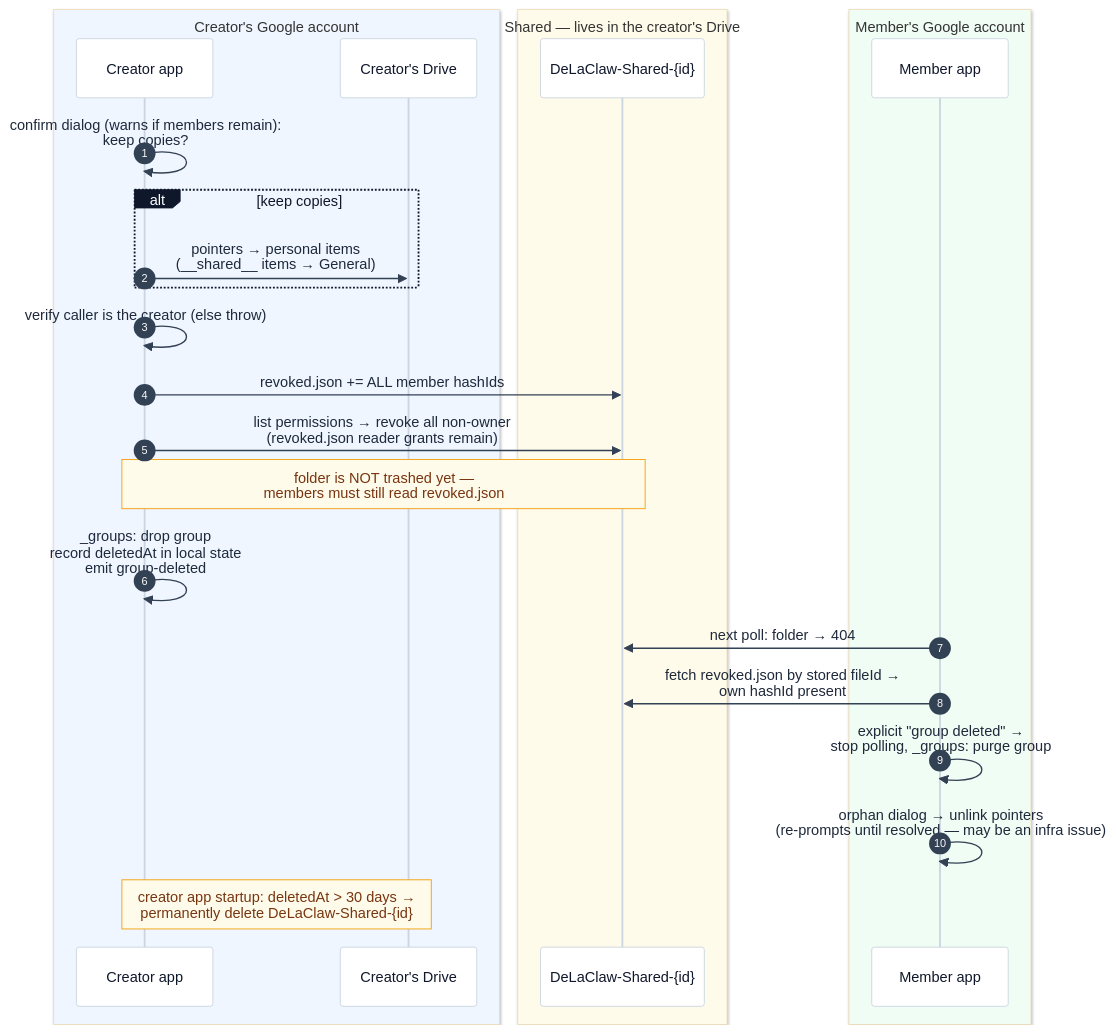
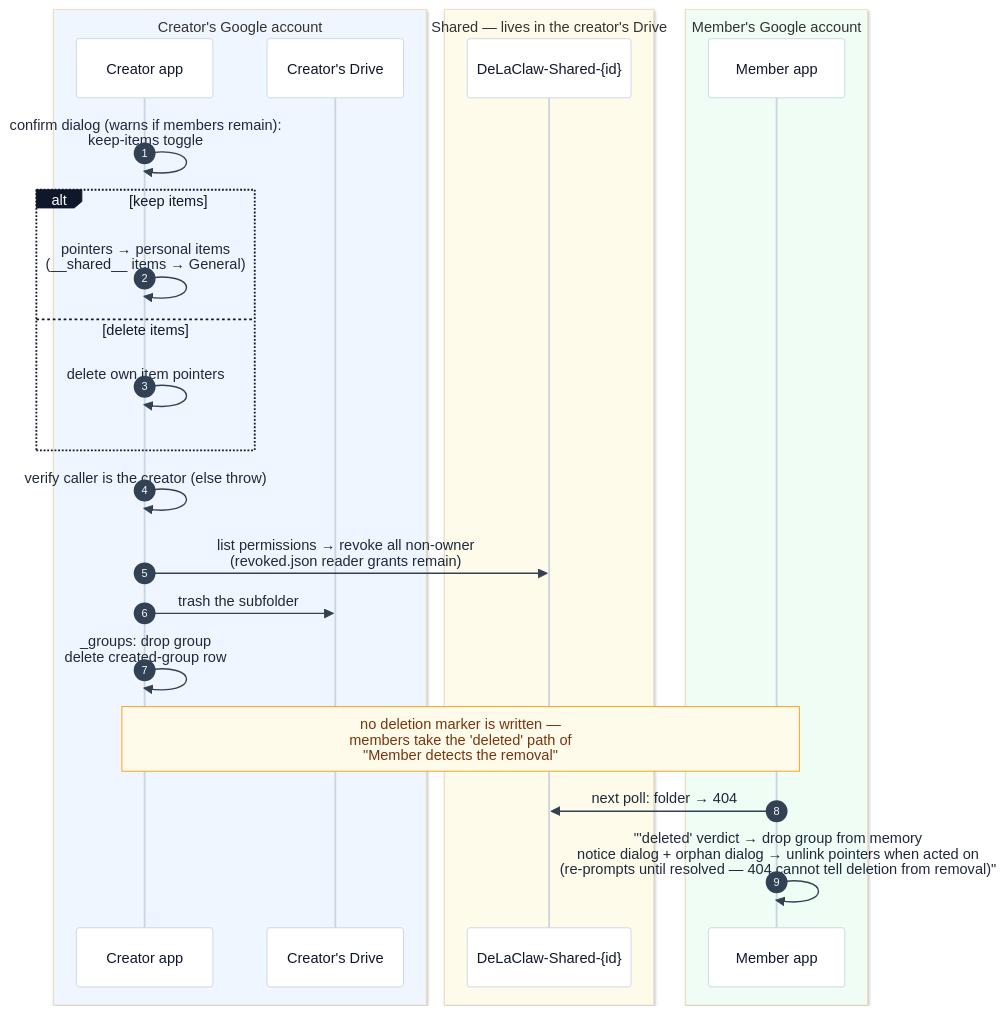
Before and after one commit to AntGro/DeLaClaw: diagram 12 of 14 in docs-site/sharing.md, drawn with Mermaid. The commit also changed other lines of this file and 7 other files, not shown here.

First line of the commit message:
docs(sharing): 'deleted' verdict is ambiguous, not definitive

````diff
--- a/docs-site/sharing.md
+++ b/docs-site/sharing.md
@@ -520,30 +520,29 @@
 ```mermaid
 %%{init: {'theme': 'base', 'themeVariables': {'background': '#fbfaf8', 'actorBkg': '#ffffff', 'actorBorder': '#cbd5e1', 'actorTextColor': '#0f172a', 'actorLineColor': '#cbd5e1', 'signalColor': '#334155', 'signalTextColor': '#1e293b', 'noteBkgColor': '#fffbeb', 'noteBorderColor': '#f59e0b', 'noteTextColor': '#78350f', 'labelBoxBkgColor': '#0f172a', 'labelBoxBorderColor': '#0f172a', 'labelTextColor': '#ffffff'}}}%%
 sequenceDiagram
     autonumber
     box rgb(239,246,255) Creator's Google account
     participant CA as Creator app
     participant CD as Creator's Drive
     end
     box rgb(255,251,235) Shared — lives in the creator's Drive
     participant SF as DeLaClaw-Shared-{id}
     end
     box rgb(240,253,244) Member's Google account
     participant MA as Member app
     end
 
-    CA->>CA: confirm dialog (warns if members remain):<br/>keep copies?
-    alt keep copies
-    CA->>CD: pointers → personal items<br/>(__shared__ items → General)
+    CA->>CA: confirm dialog (warns if members remain):<br/>keep-items toggle
+    alt keep items
+    CA->>CA: pointers → personal items<br/>(__shared__ items → General)
+    else delete items
+    CA->>CA: delete own item pointers
     end
     CA->>CA: verify caller is the creator (else throw)
-    CA->>SF: revoked.json += ALL member hashIds
     CA->>SF: list permissions → revoke all non-owner<br/>(revoked.json reader grants remain)
-    Note over CA,SF: folder is NOT trashed yet —<br/>members must still read revoked.json
-    CA->>CA: _groups: drop group<br/>record deletedAt in local state<br/>emit group-deleted
+    CA->>CD: trash the subfolder
+    CA->>CA: _groups: drop group<br/>delete created-group row
+    Note over CA,MA: no deletion marker is written —<br/>members take the 'deleted' path of<br/>"Member detects the removal"
     MA->>SF: next poll: folder → 404
-    MA->>SF: fetch revoked.json by stored fileId →<br/>own hashId present
-    MA->>MA: explicit "group deleted" →<br/>stop polling, _groups: purge group
-    MA->>MA: orphan dialog → unlink pointers<br/>(re-prompts until resolved — may be an infra issue)
-    Note over CA,CD: creator app startup: deletedAt > 30 days →<br/>permanently delete DeLaClaw-Shared-{id}
+    MA->>MA: "'deleted' verdict → drop group from memory<br/>notice dialog + orphan dialog → unlink pointers when acted on<br/>(re-prompts until resolved — 404 cannot tell deletion from removal)"
 ```
````
